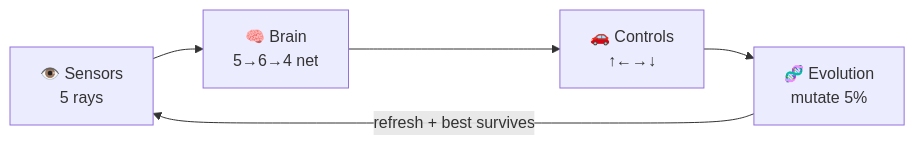
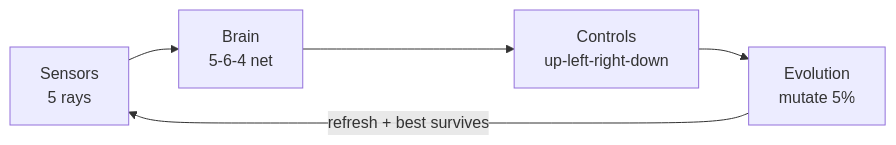
Before and after one commit to catcaptions/self-driving-car: the diagram in README.md, drawn with Mermaid. The commit also changed other lines of this file, not shown here.

````diff
--- a/README.md
+++ b/README.md
@@ -70,7 +70,7 @@
 ```mermaid
 graph LR
-    A[👁️ Sensors<br/>5 rays] --> B[🧠 Brain<br/>5→6→4 net]
-    B --> C[🚗 Controls<br/>↑←→↓]
-    C --> D[🧬 Evolution<br/>mutate 5%]
+    A[Sensors<br/>5 rays] --> B[Brain<br/>5-6-4 net]
+    B --> C[Controls<br/>up-left-right-down]
+    C --> D[Evolution<br/>mutate 5%]
     D -->|refresh + best survives| A
 ```
````
